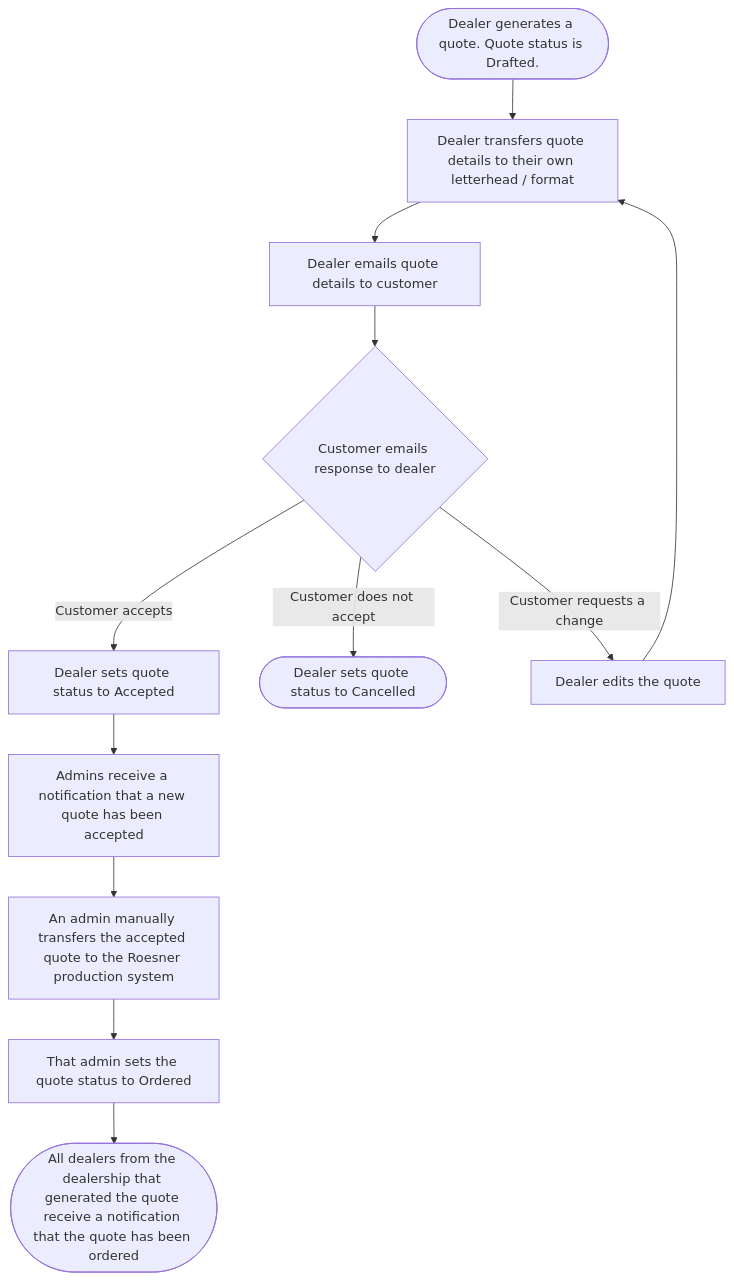
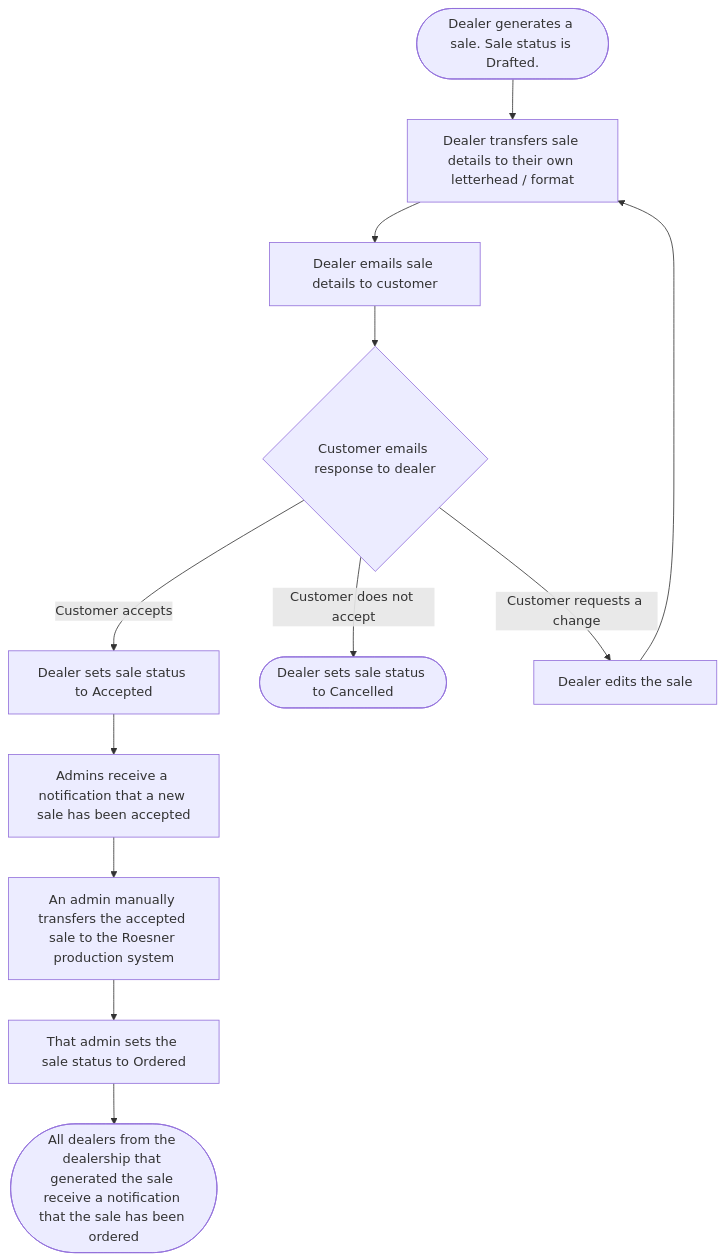
Before and after one commit to MarshallMultispreadDaniel/Dealer-Portal-Spec: the second of 3 diagrams in DealerPortalSpec.md, drawn with Mermaid. The commit also changed other lines of this file, not shown here.

````diff
--- a/DealerPortalSpec.md
+++ b/DealerPortalSpec.md
@@ -314,14 +388,14 @@
 ```mermaid
 flowchart TD
-    A([Dealer generates a quote. Quote status is Drafted.]) --> B[Dealer transfers quote details to their own letterhead / format]
-    B --> C[Dealer emails quote details to customer]
+    A([Dealer generates a sale. Sale status is Drafted.]) --> B[Dealer transfers sale details to their own letterhead / format]
+    B --> C[Dealer emails sale details to customer]
     C --> K{Customer emails response to dealer}
-    K -->|Customer accepts| D[Dealer sets quote status to Accepted]
-    K -->|Customer does not accept| E([Dealer sets quote status to Cancelled])
-    K -->|Customer requests a change| H[Dealer edits the quote]
+    K -->|Customer accepts| D[Dealer sets sale status to Accepted]
+    K -->|Customer does not accept| E([Dealer sets sale status to Cancelled])
+    K -->|Customer requests a change| H[Dealer edits the sale]
     H --> B
-    D --> F[Admins receive a notification that a new quote has been accepted]
-    F --> G[An admin manually transfers the accepted quote to the Roesner production system]
-    G --> I[That admin sets the quote status to Ordered]
-    I --> J([All dealers from the dealership that generated the quote receive a notification that the quote has been ordered])
+    D --> F[Admins receive a notification that a new sale has been accepted]
+    F --> G[An admin manually transfers the accepted sale to the Roesner production system]
+    G --> I[That admin sets the sale status to Ordered]
+    I --> J([All dealers from the dealership that generated the sale receive a notification that the sale has been ordered])
 ```
````
